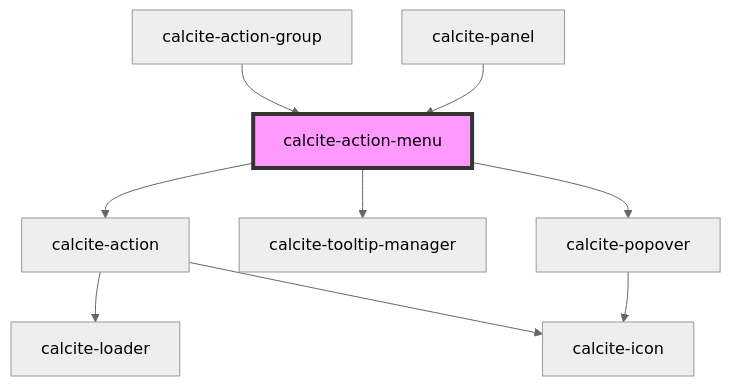
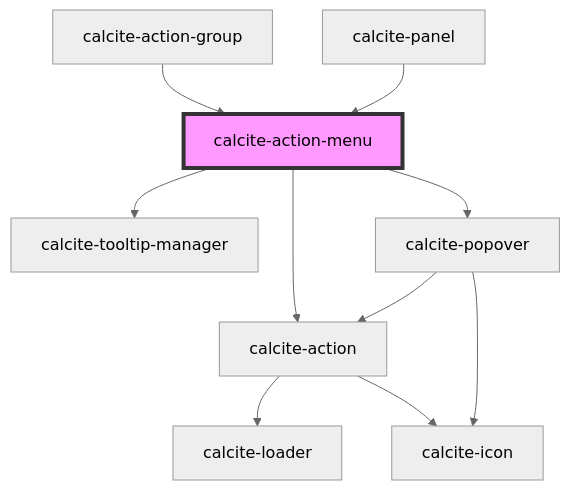
The diagram in src/components/calcite-action-menu/readme.md (vikivakarvc/calcite-design-system), drawn with Mermaid (neutral theme) before and after one commit. The commit also changed 19 other files, not shown here.

````diff
--- a/src/components/calcite-action-menu/readme.md
+++ b/src/components/calcite-action-menu/readme.md
@@ -53,12 +53,13 @@
 ```mermaid
 graph TD;
   calcite-action-menu --> calcite-action
   calcite-action-menu --> calcite-tooltip-manager
   calcite-action-menu --> calcite-popover
   calcite-action --> calcite-loader
   calcite-action --> calcite-icon
+  calcite-popover --> calcite-action
   calcite-popover --> calcite-icon
   calcite-action-group --> calcite-action-menu
   calcite-panel --> calcite-action-menu
   style calcite-action-menu fill:#f9f,stroke:#333,stroke-width:4px
 ```
````
